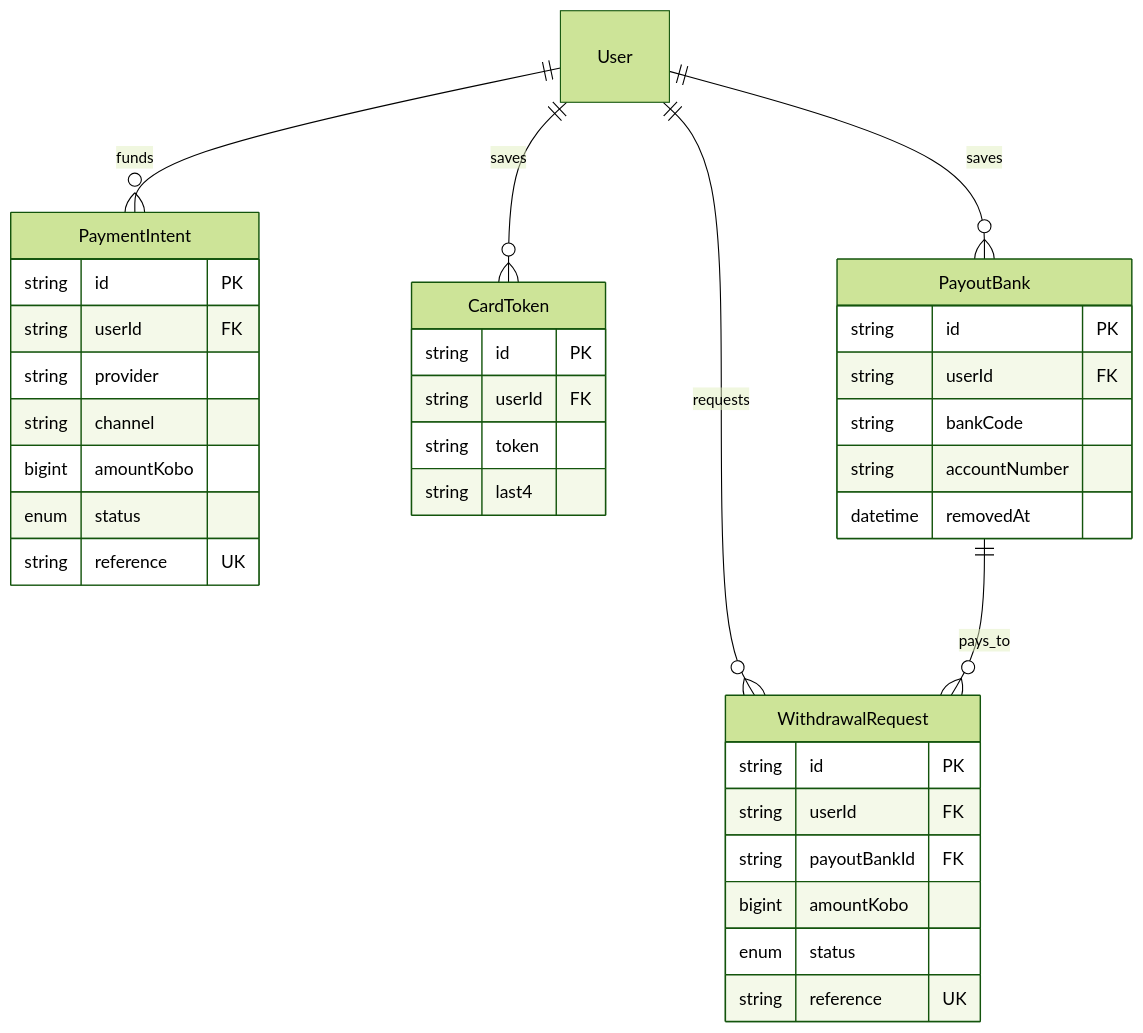
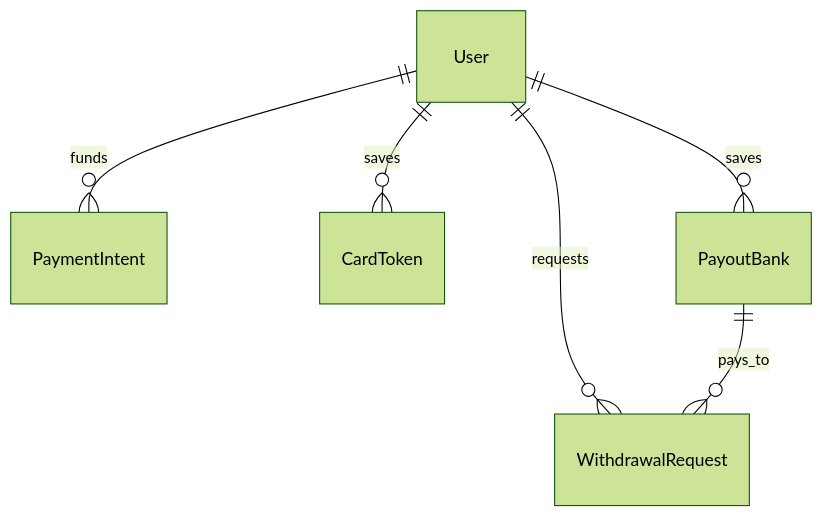
The fifth of 8 diagrams in docs/DATABASE.md (hafizsameer11/kipit-backend), drawn with Mermaid (forest theme) before and after one commit. The commit also changed other lines of this file, not shown here.

Commit message:
Expand database docs with FK map, cardinality, and per-table schema.

````diff
--- a/docs/DATABASE.md
+++ b/docs/DATABASE.md
@@ -208,42 +274,8 @@
 ```mermaid
 erDiagram
   User ||--o{ PaymentIntent : funds
   User ||--o{ CardToken : saves
   User ||--o{ PayoutBank : saves
   User ||--o{ WithdrawalRequest : requests
   PayoutBank ||--o{ WithdrawalRequest : pays_to
-
-  PaymentIntent {
-    string id PK
-    string userId FK
-    string provider
-    string channel
-    bigint amountKobo
-    enum status
-    string reference UK
-  }
-
-  WithdrawalRequest {
-    string id PK
-    string userId FK
-    string payoutBankId FK
-    bigint amountKobo
-    enum status
-    string reference UK
-  }
-
-  PayoutBank {
-    string id PK
-    string userId FK
-    string bankCode
-    string accountNumber
-    datetime removedAt
-  }
-
-  CardToken {
-    string id PK
-    string userId FK
-    string token
-    string last4
-  }
 ```
````
